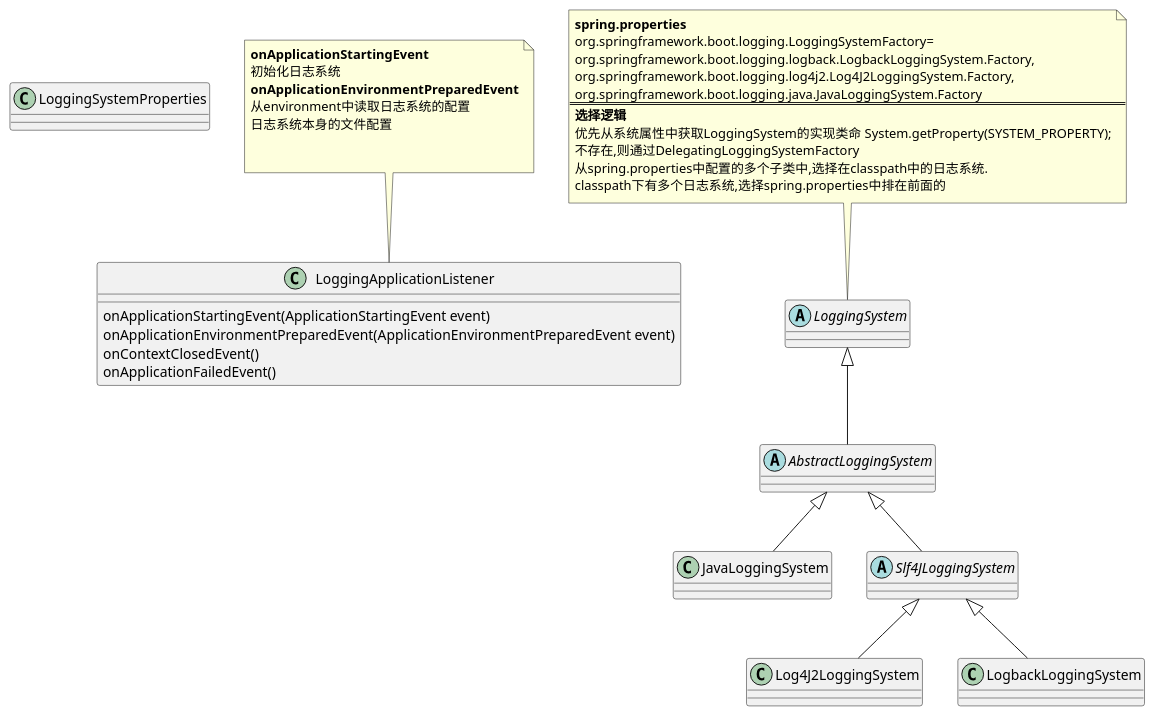
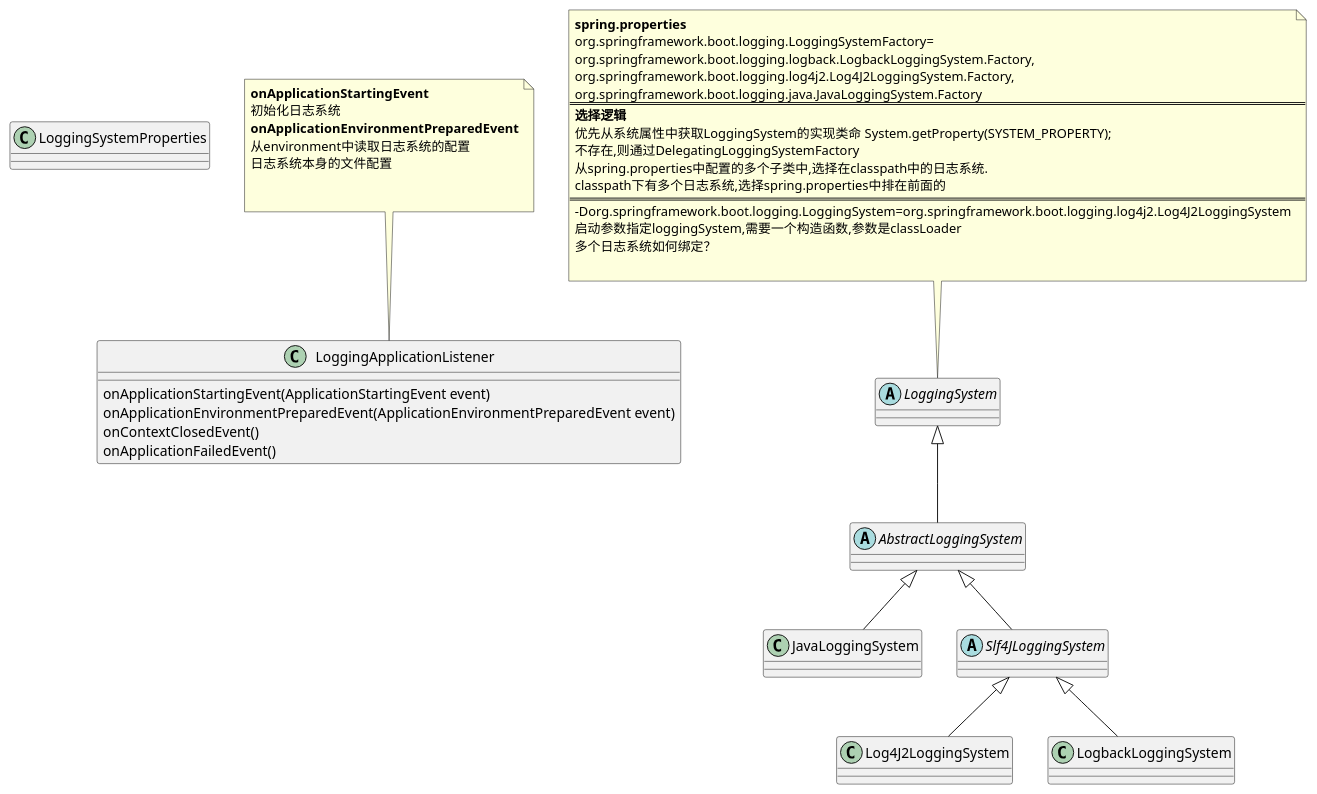
One commit to FHJ2020/spring-uml changed the diagram in uml/src/main/java/boot/log/LoggingSystem.puml. Above: the diagram before and after it, drawn with PlantUML. The commit also changed 4 other files, not shown here.

```diff
--- a/uml/src/main/java/boot/log/LoggingSystem.puml
+++ b/uml/src/main/java/boot/log/LoggingSystem.puml
@@ -1,45 +1,50 @@
 @startuml
 'https://plantuml.com/class-diagram
 
 class LoggingSystemProperties
 
 class LoggingApplicationListener{
     onApplicationStartingEvent(ApplicationStartingEvent event)
     onApplicationEnvironmentPreparedEvent(ApplicationEnvironmentPreparedEvent event)
     onContextClosedEvent()
     onApplicationFailedEvent()
 }
 note top of LoggingApplicationListener
     **onApplicationStartingEvent**
     初始化日志系统
     **onApplicationEnvironmentPreparedEvent**
     从environment中读取日志系统的配置
     日志系统本身的文件配置
 
 
 end note
 
 abstract class LoggingSystem
 note top of LoggingSystem
     **spring.properties**
     org.springframework.boot.logging.LoggingSystemFactory=
     org.springframework.boot.logging.logback.LogbackLoggingSystem.Factory,
     org.springframework.boot.logging.log4j2.Log4J2LoggingSystem.Factory,
     org.springframework.boot.logging.java.JavaLoggingSystem.Factory
     ===
     **选择逻辑**
     优先从系统属性中获取LoggingSystem的实现类命 System.getProperty(SYSTEM_PROPERTY);
     不存在,则通过DelegatingLoggingSystemFactory
     从spring.properties中配置的多个子类中,选择在classpath中的日志系统.
     classpath下有多个日志系统,选择spring.properties中排在前面的
+    ===
+    -Dorg.springframework.boot.logging.LoggingSystem=org.springframework.boot.logging.log4j2.Log4J2LoggingSystem
+    启动参数指定loggingSystem,需要一个构造函数,参数是classLoader
+    多个日志系统如何绑定？
+
 end note
 
 abstract class AbstractLoggingSystem extends LoggingSystem
 
 class JavaLoggingSystem extends AbstractLoggingSystem
 
 abstract class Slf4JLoggingSystem extends AbstractLoggingSystem
 class Log4J2LoggingSystem extends Slf4JLoggingSystem
 class LogbackLoggingSystem extends Slf4JLoggingSystem
 
 @enduml
```
